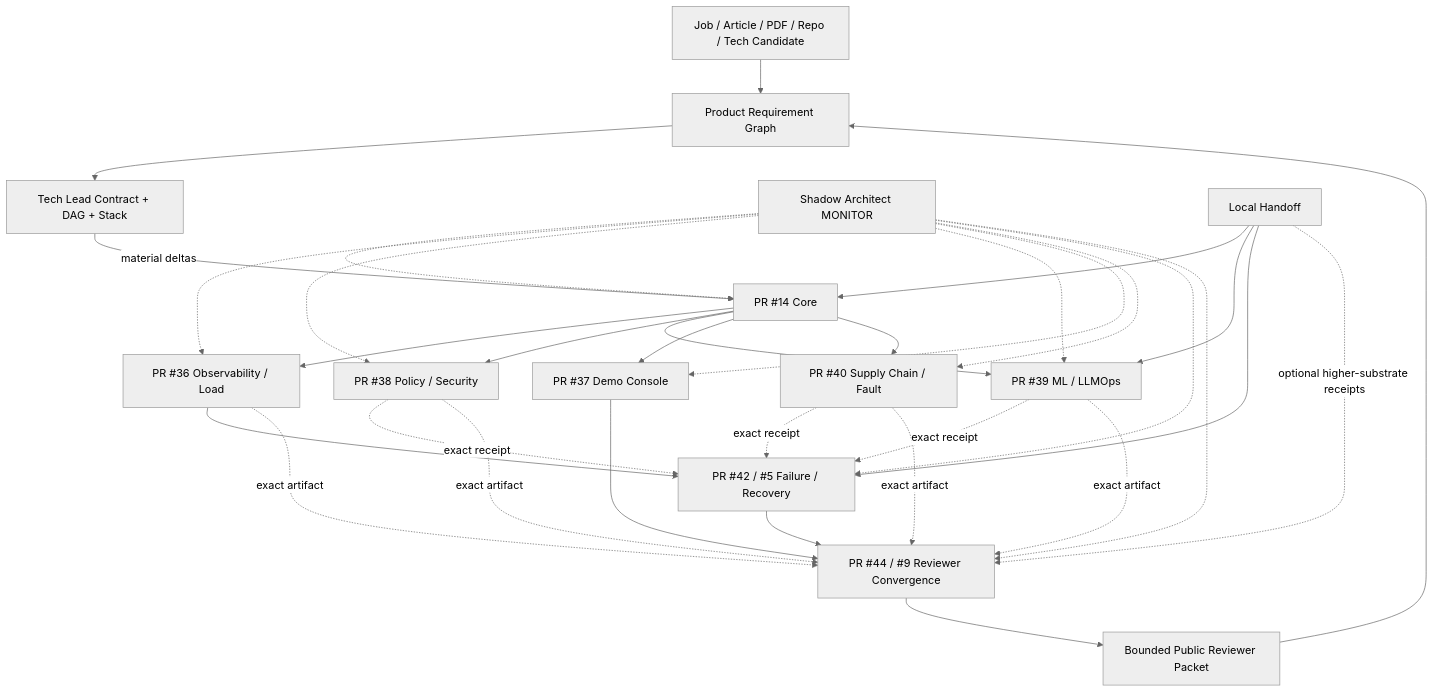
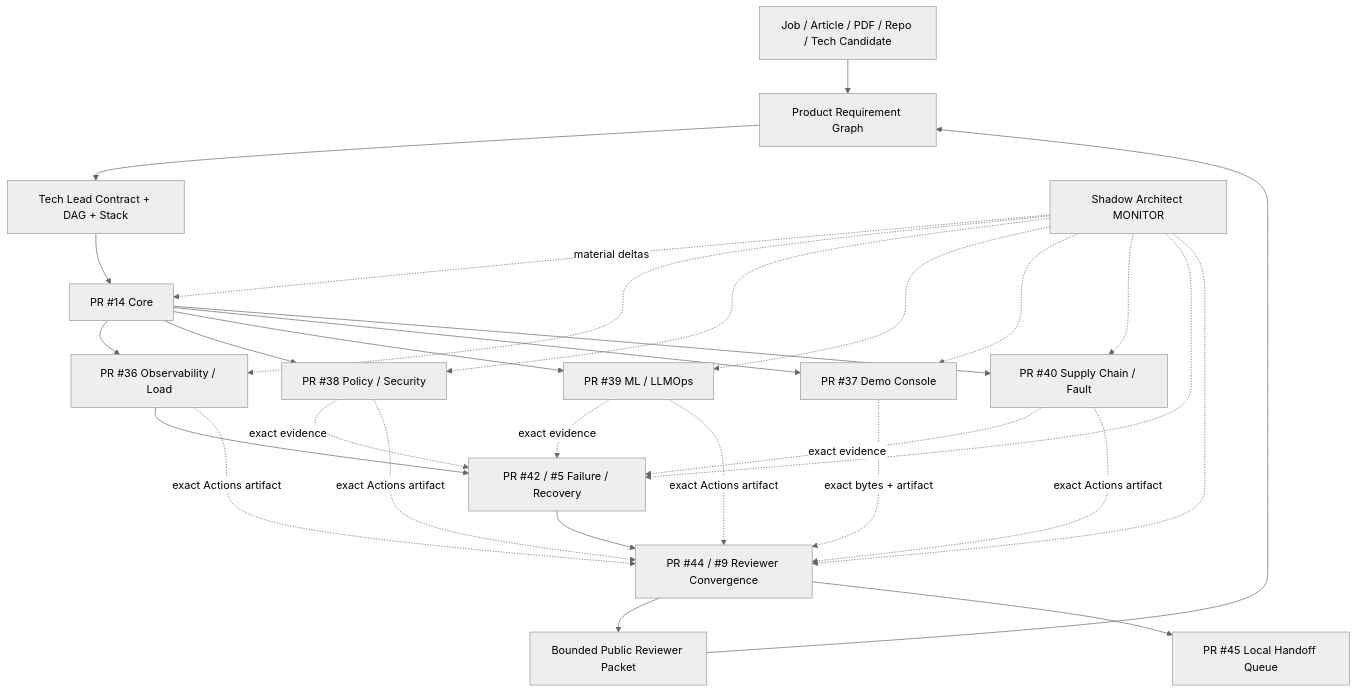
Before and after one commit to ed3c/DevOps-Manager-Notes: the diagram in README.md, drawn with Mermaid (neutral theme). The commit also changed other lines of this file, not shown here.

````diff
--- a/README.md
+++ b/README.md
@@ -212,35 +209,32 @@
 ```mermaid
 flowchart TD
     S[Job / Article / PDF / Repo / Tech Candidate] --> P[Product Requirement Graph]
     P --> TL[Tech Lead Contract + DAG + Stack]
     TL --> K2[PR #14 Core]
     K2 --> O[PR #36 Observability / Load]
     K2 --> SEC[PR #38 Policy / Security]
     K2 --> ML[PR #39 ML / LLMOps]
     K2 --> UI[PR #37 Demo Console]
     K2 --> SUP[PR #40 Supply Chain / Fault]
     O --> X5[PR #42 / #5 Failure / Recovery]
-    SEC -. exact receipt .-> X5
-    ML -. exact receipt .-> X5
-    SUP -. exact receipt .-> X5
+    SEC -. exact evidence .-> X5
+    ML -. exact evidence .-> X5
+    SUP -. exact evidence .-> X5
     X5 --> X9[PR #44 / #9 Reviewer Convergence]
-    UI --> X9
-    O -. exact artifact .-> X9
-    SEC -. exact artifact .-> X9
-    ML -. exact artifact .-> X9
-    SUP -. exact artifact .-> X9
+    UI -. exact bytes + artifact .-> X9
+    O -. exact Actions artifact .-> X9
+    SEC -. exact Actions artifact .-> X9
+    ML -. exact Actions artifact .-> X9
+    SUP -. exact Actions artifact .-> X9
     X9 --> EV[Bounded Public Reviewer Packet]
     EV --> P
+    X9 --> LH[PR #45 Local Handoff Queue]
     SH[Shadow Architect MONITOR] -. material deltas .-> K2
     SH -.-> O
     SH -.-> SEC
     SH -.-> ML
     SH -.-> UI
     SH -.-> SUP
     SH -.-> X5
     SH -.-> X9
-    LH[Local Handoff] --> K2
-    LH --> ML
-    LH --> X5
-    LH -. optional higher-substrate receipts .-> X9
 ```
````
